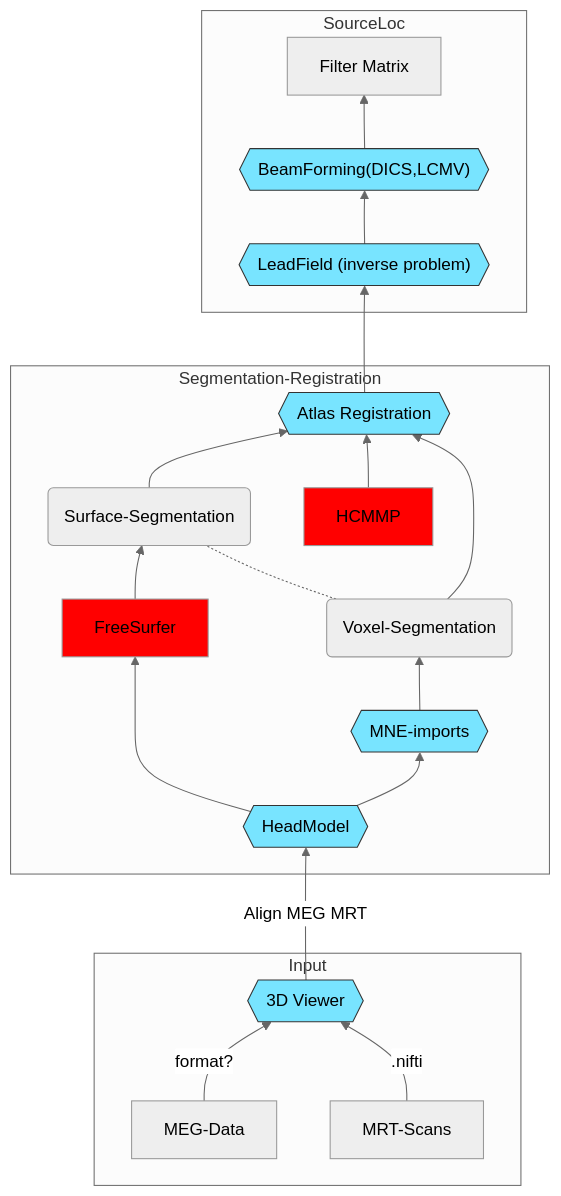
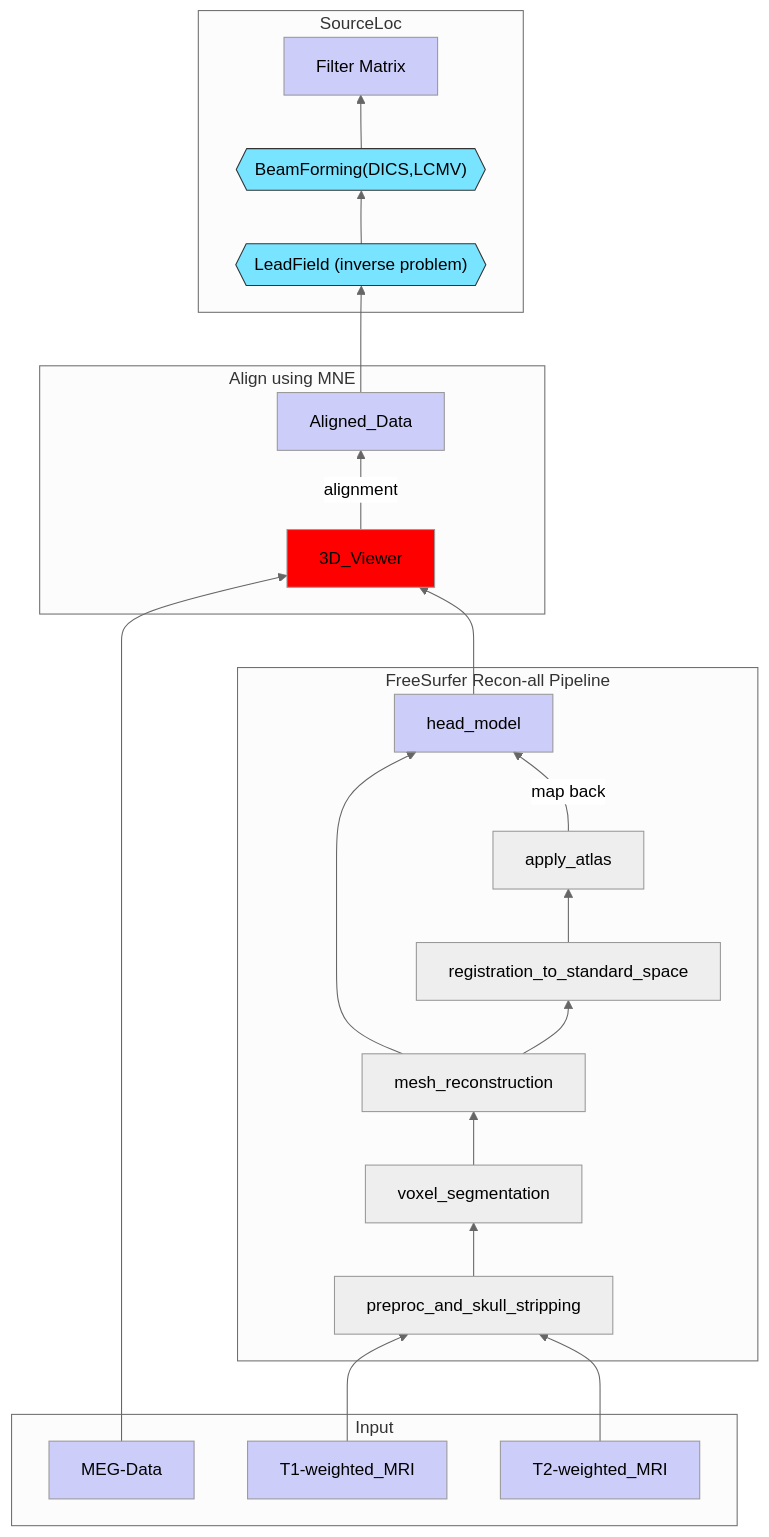
One commit to joschaschmiedt/syncopy changed the diagram in doc/source/developer/source-loc-pipeline.mmd. Above: the diagram before and after it, drawn with Mermaid.

Commit message:
separate freesurfer stuff from MNE stuff

```diff
--- a/doc/source/developer/source-loc-pipeline.mmd
+++ b/doc/source/developer/source-loc-pipeline.mmd
@@ -1,34 +1,45 @@
 %%{init: {'theme':'neutral'}}%%
 graph BT
 
     %% projected development sub-units
     classDef DevUNIT fill:#78e4ff,stroke:#333,stroke-width:1px;
     %% external dependencies
     classDef EXTERN fill:red;
+    %% input data
+    classDef DATA fill:#1010EE33;
 
     subgraph Input
-    MEG-Data --format?--> Viewer{{3D Viewer}}
-    MRT-Scans --.nifti--> Viewer
+    MEG-Data
+    T1-weighted_MRI
+    T2-weighted_MRI
     end
     
-    subgraph Segmentation-Registration
-    Viewer --Align MEG MRT--> HM{{HeadModel}}
-    HM --> FreeSurfer
-    HM --> MNE
-    MNE{{MNE-imports}} --> Segm1(Voxel-Segmentation)
-    FreeSurfer --> Segm2(Surface-Segmentation)
-    Segm1-.-Segm2
-    Segm1 -->Atlas{{Atlas Registration}}
-    Segm2 -->Atlas
-    HCMMP --> Atlas
+    subgraph FreeSurfer Recon-all Pipeline
+    T1-weighted_MRI --> preproc_and_skull_stripping
+    T2-weighted_MRI --> preproc_and_skull_stripping
+    preproc_and_skull_stripping --> voxel_segmentation
+    voxel_segmentation --> mesh_reconstruction
+    mesh_reconstruction --> head_model
+    mesh_reconstruction --> registration_to_standard_space
+    registration_to_standard_space --> apply_atlas
+    apply_atlas --map back--> head_model
+    head_model
+    end
+    
+    
+    subgraph Align using MNE
+    MEG-Data --> 3D_Viewer
+    head_model --> 3D_Viewer
+    3D_Viewer --alignment--> Aligned_Data
     end
     
     subgraph SourceLoc
-    Atlas -->LF{{"LeadField (inverse problem)"}}
+    Aligned_Data -->LF{{"LeadField (inverse problem)"}}
     LF --> BF{{"BeamForming(DICS,LCMV)"}}
     BF-->FilterMatrix["Filter Matrix"]
     end
 
 
     class Viewer,HM,Segm,Atlas,MNE,BF,LF DevUNIT;
-    class FreeSurfer,HCMMP EXTERN;
+    class FreeSurfer,3D_Viewer EXTERN;
+    class MEG-Data,T1-weighted_MRI,T2-weighted_MRI,Aligned_Data,FilterMatrix,head_model DATA;
```
